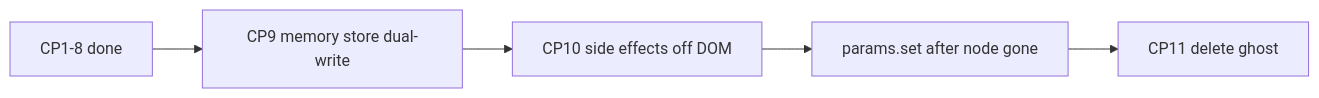
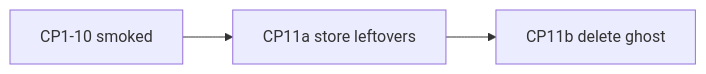
The diagram in docs/stage-only-endpoint.md (ingy-dev/IngySynth), drawn with Mermaid before and after one commit. The commit also changed other lines of this file, not shown here.

First line of the commit message:
Rewrite CP11 as convert leftovers, then delete ghost HTML.

````diff
--- a/docs/stage-only-endpoint.md
+++ b/docs/stage-only-endpoint.md
@@ -61,9 +62,7 @@
 ```mermaid
 flowchart LR
-  done[CP1-8 done]
-  cp9[CP9 memory store dual-write]
-  cp10[CP10 side effects off DOM]
-  proof[params.set after node gone]
-  cp11[CP11 delete ghost]
-  done --> cp9 --> cp10 --> proof --> cp11
+  done[CP1-10 smoked]
+  a[CP11a store leftovers]
+  b[CP11b delete ghost]
+  done --> a --> b
 ```
````
